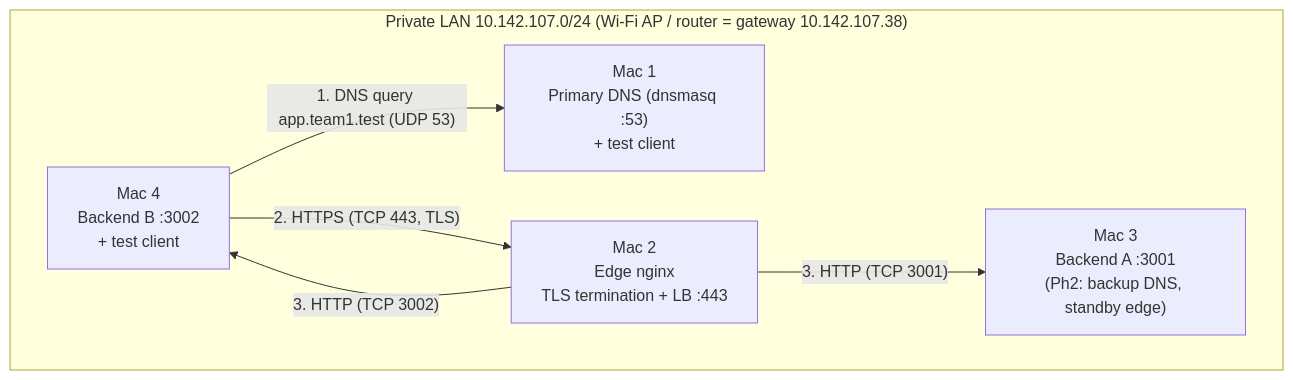
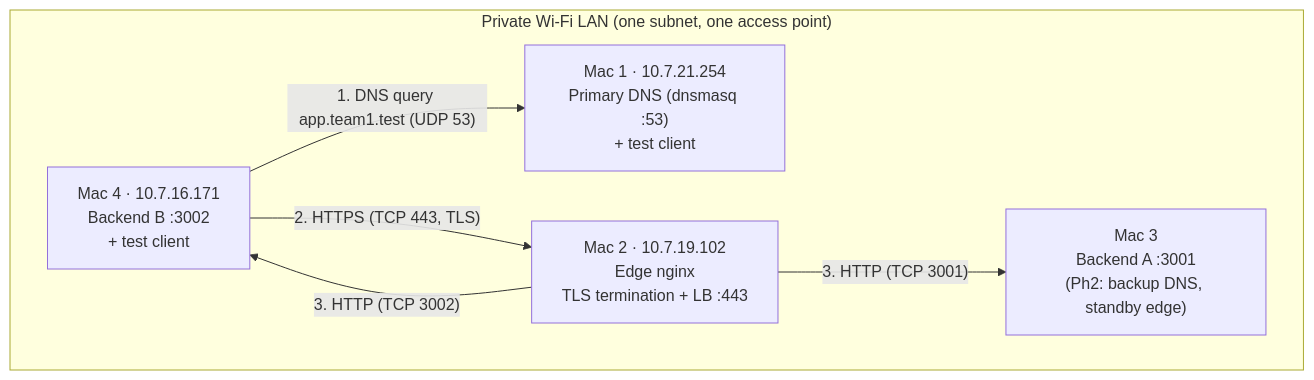
One commit to keshavvchhabra/main-cn changed the first of 2 diagrams in report.md. Above: the diagram before and after it, drawn with Mermaid. The commit also changed other lines of this file and 24 other files, not shown here.

````diff
--- a/report.md
+++ b/report.md
@@ -120,13 +134,13 @@
 ```mermaid
 flowchart TB
-    subgraph LAN["Private LAN 10.142.107.0/24  (Wi-Fi AP / router = gateway 10.142.107.38)"]
-        M1["Mac 1<br/>Primary DNS (dnsmasq :53)<br/>+ test client"]
-        M2["Mac 2<br/>Edge nginx<br/>TLS termination + LB :443"]
+    subgraph LAN["Private Wi-Fi LAN (one subnet, one access point)"]
+        M1["Mac 1 · 10.7.21.254<br/>Primary DNS (dnsmasq :53)<br/>+ test client"]
+        M2["Mac 2 · 10.7.19.102<br/>Edge nginx<br/>TLS termination + LB :443"]
         M3["Mac 3<br/>Backend A :3001<br/>(Ph2: backup DNS, standby edge)"]
-        M4["Mac 4<br/>Backend B :3002<br/>+ test client"]
+        M4["Mac 4 · 10.7.16.171<br/>Backend B :3002<br/>+ test client"]
     end
     M4 -- "1. DNS query app.team1.test (UDP 53)" --> M1
     M4 -- "2. HTTPS (TCP 443, TLS)" --> M2
     M2 -- "3. HTTP (TCP 3001)" --> M3
     M2 -- "3. HTTP (TCP 3002)" --> M4
 ```
````
